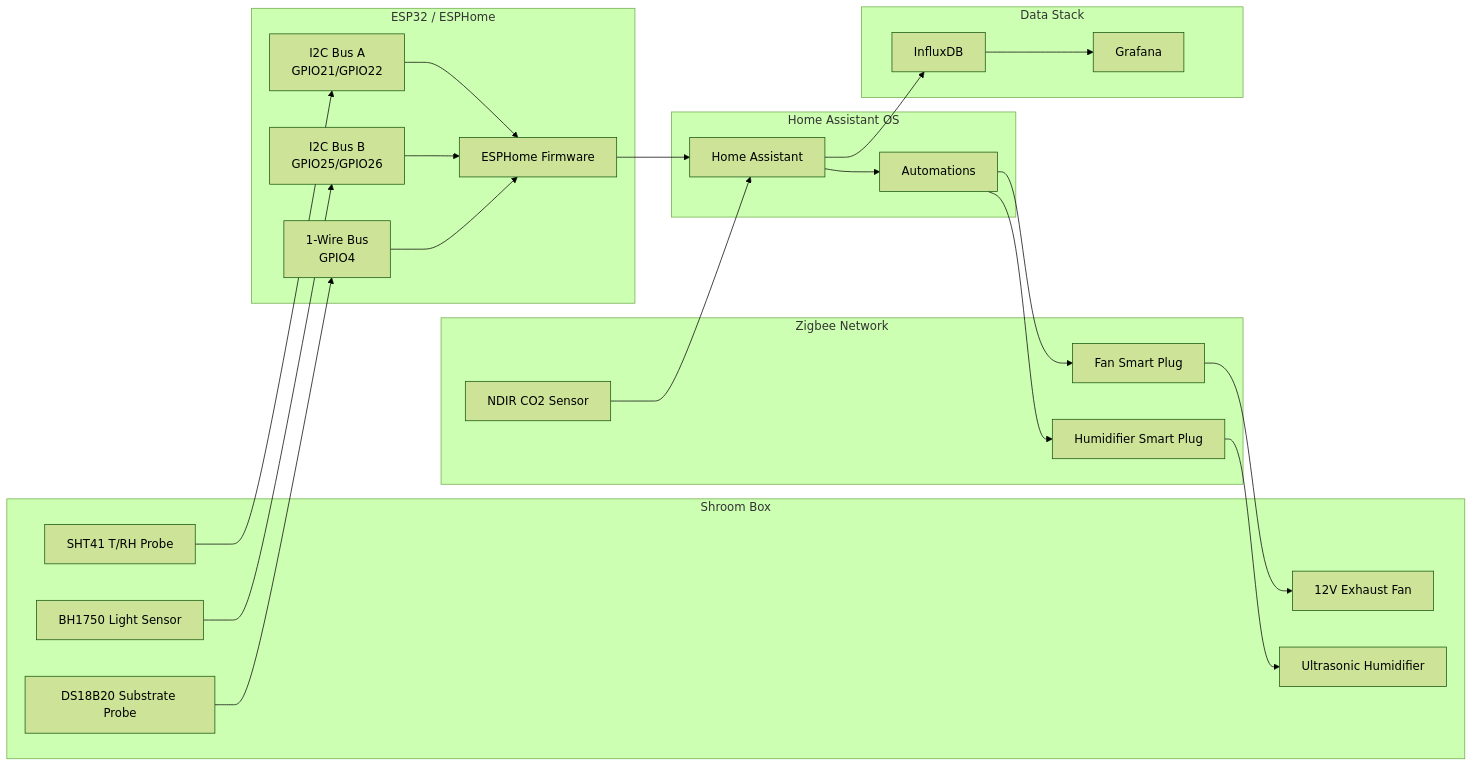
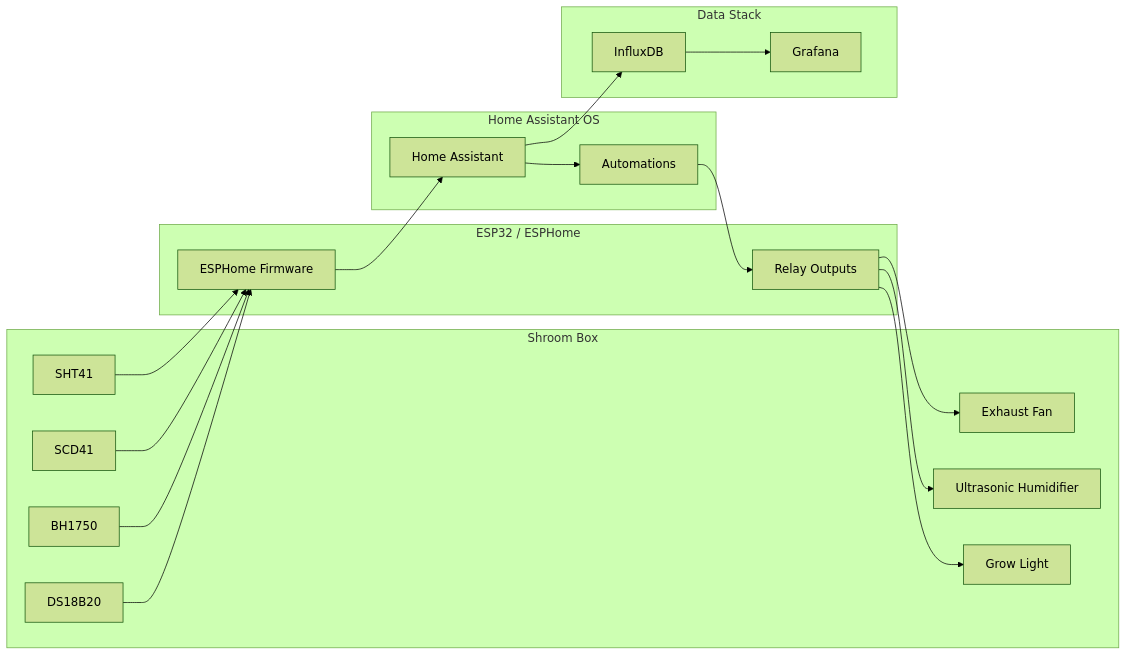
The diagram in docs/architecture.md (dan-lebedev/shroom-box-automation), drawn with Mermaid (forest theme) before and after one commit. The commit also changed other lines of this file and 4 other files, not shown here.

First line of the commit message:
docs: remove Zigbee-based architecture (#15)

````diff
--- a/docs/architecture.md
+++ b/docs/architecture.md
@@ -21,53 +21,45 @@
 ```mermaid
 flowchart LR
     subgraph Box["Shroom Box"]
-        SHT["SHT41 T/RH Probe"]
-        BH["BH1750 Light Sensor"]
-        FAN["12V Exhaust Fan"]
+        SHT["SHT41"]
+        SCD["SCD41"]
+        BH["BH1750"]
+        DS["DS18B20"]
+
+        FAN["Exhaust Fan"]
         HUM["Ultrasonic Humidifier"]
-        DS18B20["DS18B20 Substrate Probe"]
+        LIGHT["Grow Light"]
     end
 
     subgraph ESP["ESP32 / ESPHome"]
-        I2CA["I2C Bus A<br/>GPIO21/GPIO22"]
-        I2CB["I2C Bus B<br/>GPIO25/GPIO26"]
         ESPHOME["ESPHome Firmware"]
-        OW["1-Wire Bus<br/>GPIO4"]
-    end
-
-    subgraph Zigbee["Zigbee Network"]
-        CO2["NDIR CO2 Sensor"]
-        FANPLUG["Fan Smart Plug"]
-        HUMPLUG["Humidifier Smart Plug"]
+        RELAY["Relay Outputs"]
     end
 
     subgraph HA["Home Assistant OS"]
         HASS["Home Assistant"]
         AUTO["Automations"]
     end
 
-    subgraph Data["Data Stack"]
+    subgraph DATA["Data Stack"]
         INFLUX["InfluxDB"]
         GRAFANA["Grafana"]
     end
 
-    SHT --> I2CA
-    BH --> I2CB
-    I2CA --> ESPHOME
-    I2CB --> ESPHOME
+    SHT --> ESPHOME
+    SCD --> ESPHOME
+    BH --> ESPHOME
+    DS --> ESPHOME
+
     ESPHOME --> HASS
 
-    CO2 --> HASS
+    AUTO --> RELAY
+
+    RELAY --> FAN
+    RELAY --> HUM
+    RELAY --> LIGHT
+
     HASS --> AUTO
-    AUTO --> FANPLUG
-    AUTO --> HUMPLUG
-
-    FANPLUG --> FAN
-    HUMPLUG --> HUM
-
     HASS --> INFLUX
     INFLUX --> GRAFANA
-
-    DS18B20 --> OW
-    OW --> ESPHOME  
 ```
````
